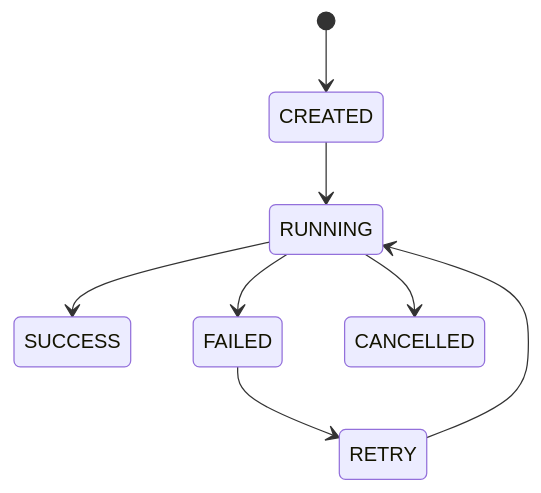
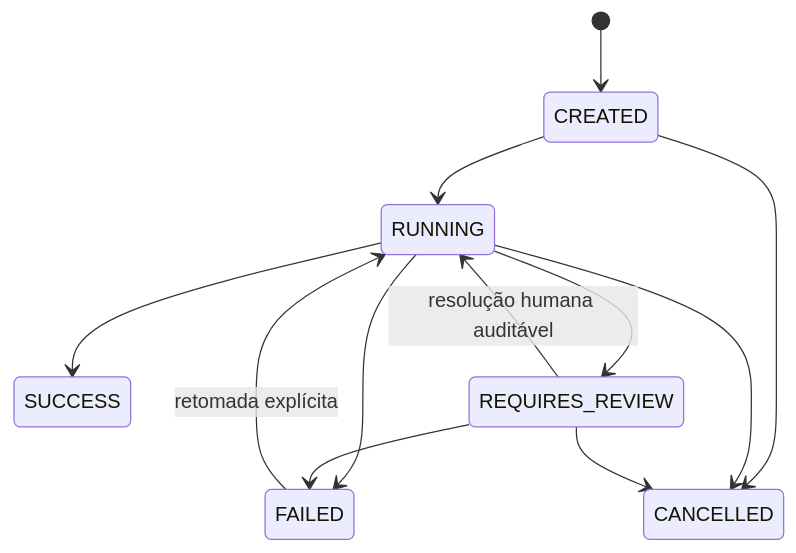
One commit to felipet66/brq-ai-factory changed diagram 11 of 11 in knowledge/25-SEQUENCE_DIAGRAMS.md. Above: the diagram before and after it, drawn with Mermaid. The commit also changed other lines of this file and 35 other files, not shown here.

````diff
--- a/knowledge/25-SEQUENCE_DIAGRAMS.md
+++ b/knowledge/25-SEQUENCE_DIAGRAMS.md
@@ -320,17 +320,25 @@
 ```mermaid
 stateDiagram-v2
 
 [*] --> CREATED
 
 CREATED --> RUNNING
 
+CREATED --> CANCELLED
+
 RUNNING --> SUCCESS
 
 RUNNING --> FAILED
 
 RUNNING --> CANCELLED
 
-FAILED --> RETRY
+RUNNING --> REQUIRES_REVIEW
 
-RETRY --> RUNNING
+REQUIRES_REVIEW --> RUNNING: resolução humana auditável
+
+REQUIRES_REVIEW --> FAILED
+
+REQUIRES_REVIEW --> CANCELLED
+
+FAILED --> RUNNING: retomada explícita
 ```
````
